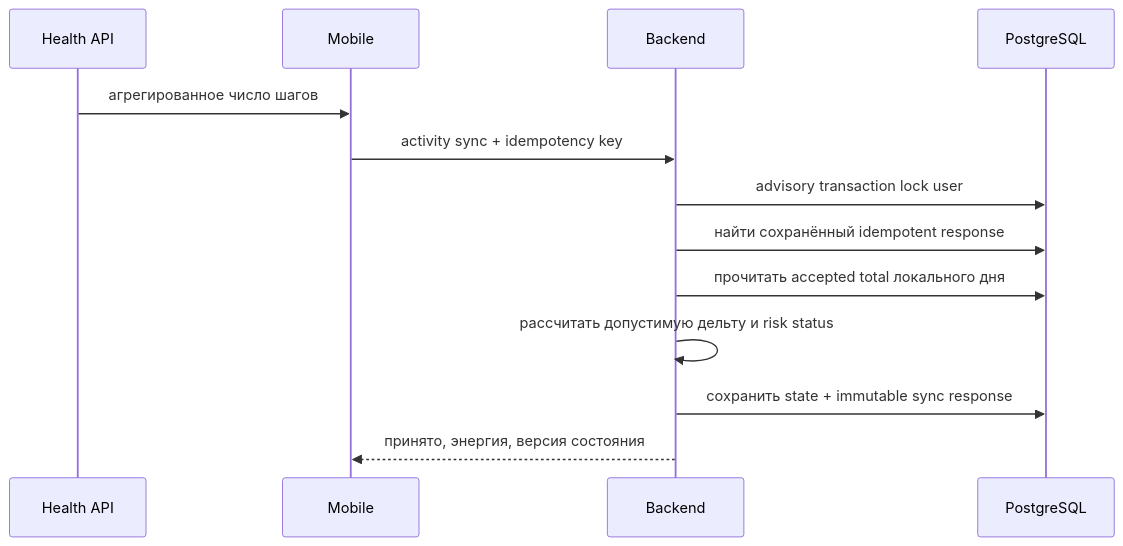
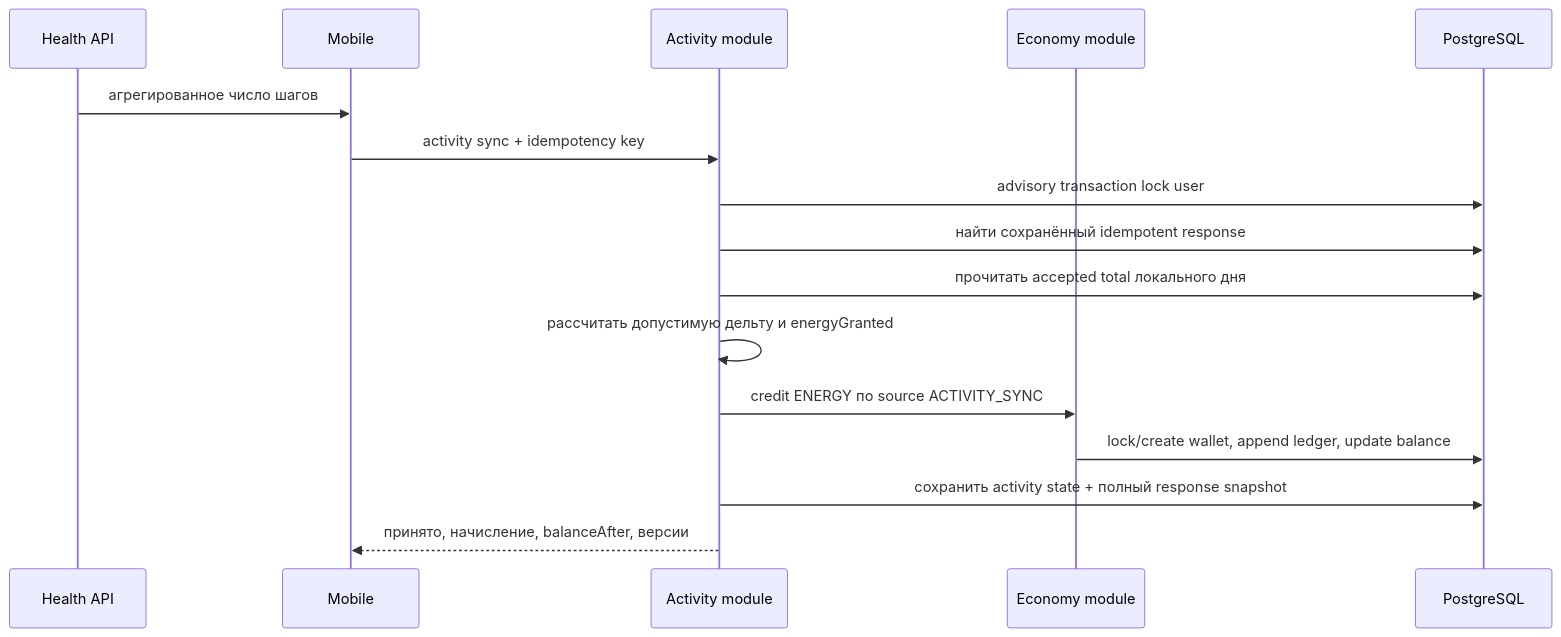
The diagram in docs/ARCHITECTURE.md (MKSEgr/walking-rpg), drawn with Mermaid before and after one commit. The commit also changed other lines of this file and 27 other files, not shown here.

Commit message:
feat: credit activity energy through economy ledger

````diff
--- a/docs/ARCHITECTURE.md
+++ b/docs/ARCHITECTURE.md
@@ -41,16 +41,19 @@
 ```mermaid
 sequenceDiagram
     participant H as Health API
     participant M as Mobile
-    participant B as Backend
+    participant A as Activity module
+    participant E as Economy module
     participant D as PostgreSQL
 
     H->>M: агрегированное число шагов
-    M->>B: activity sync + idempotency key
-    B->>D: advisory transaction lock user
-    B->>D: найти сохранённый idempotent response
-    B->>D: прочитать accepted total локального дня
-    B->>B: рассчитать допустимую дельту и risk status
-    B->>D: сохранить state + immutable sync response
-    B-->>M: принято, энергия, версия состояния
+    M->>A: activity sync + idempotency key
+    A->>D: advisory transaction lock user
+    A->>D: найти сохранённый idempotent response
+    A->>D: прочитать accepted total локального дня
+    A->>A: рассчитать допустимую дельту и energyGranted
+    A->>E: credit ENERGY по source ACTIVITY_SYNC
+    E->>D: lock/create wallet, append ledger, update balance
+    A->>D: сохранить activity state + полный response snapshot
+    A-->>M: принято, начисление, balanceAfter, версии
 ```
````
